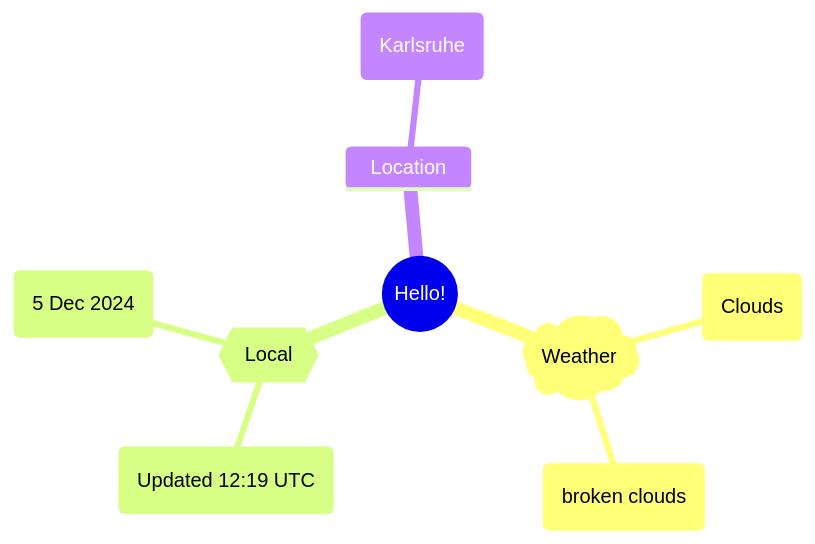
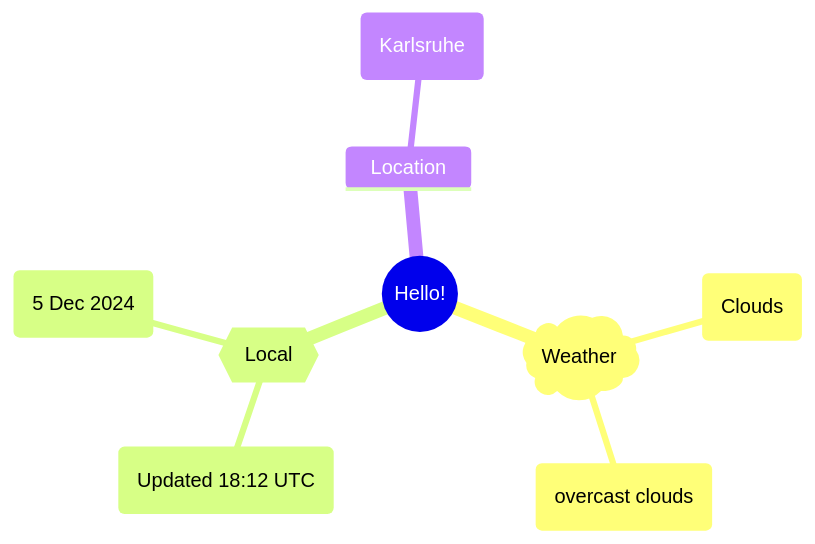
The first of 2 diagrams in README.md (Xosrov/Xosrov), drawn with Mermaid before and after one commit.

Commit message:
[bot] updated images

````diff
--- a/README.md
+++ b/README.md
@@ -3,12 +3,12 @@
 ```mermaid
 mindmap
   root((Hello!))
     )Weather(
         (Clouds)
-        (broken clouds)
+        (overcast clouds)
     {{Local}}
-        (Updated 12:19 UTC)
+        (Updated 18:12 UTC)
         (5 Dec 2024)
     Location
         (Karlsruhe)
 ```
````
